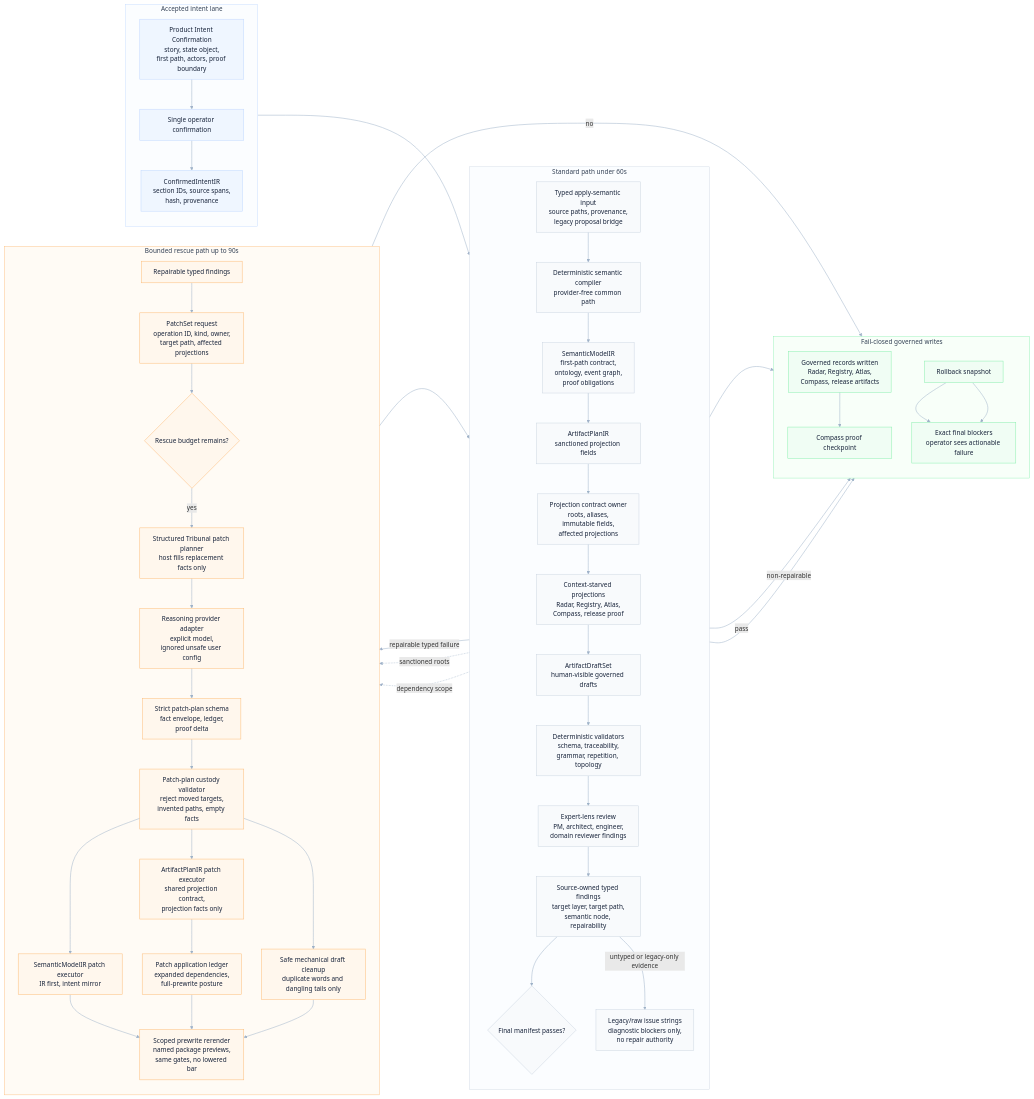
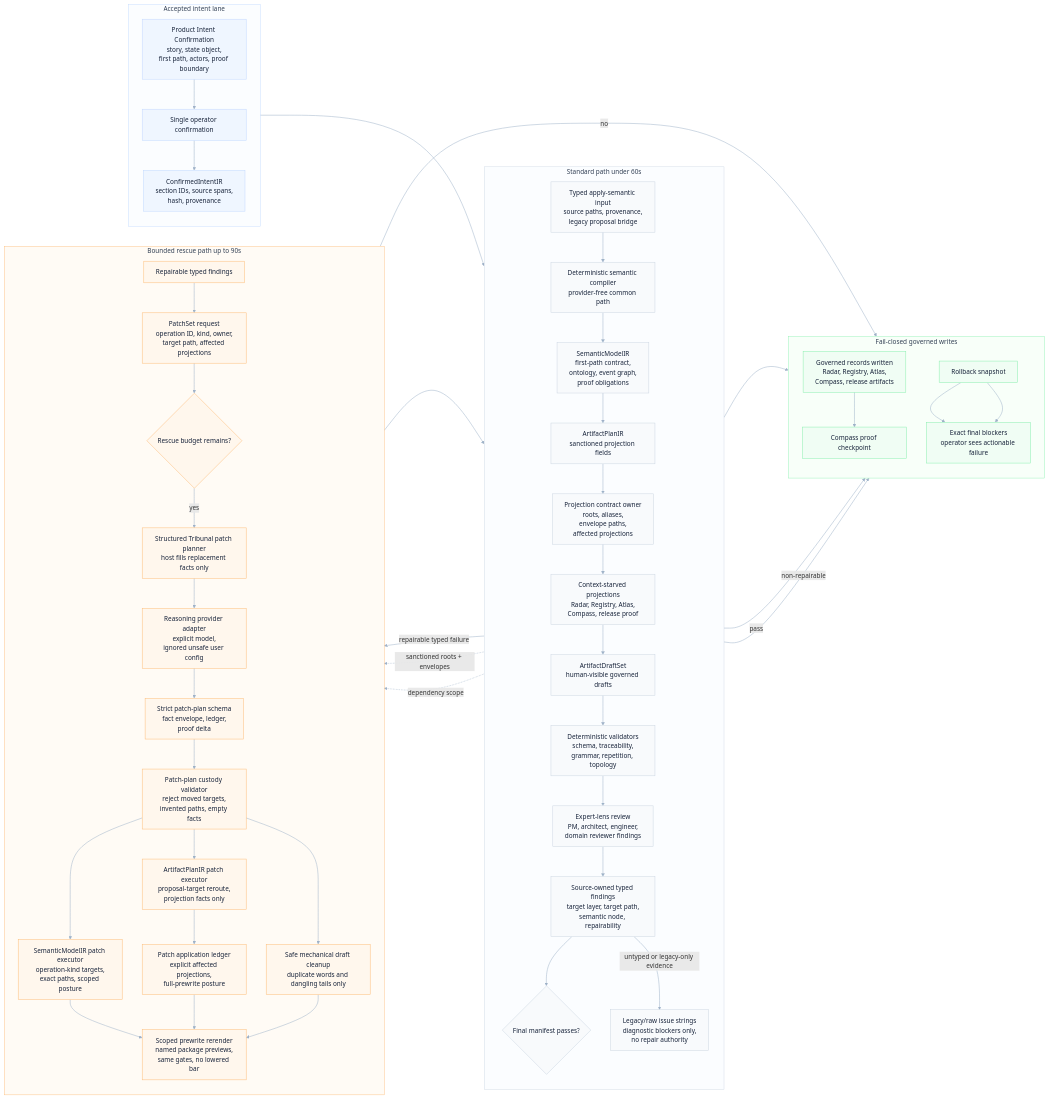
One commit to odylith/odylith changed the diagram in odylith/atlas/source/domain-intelligence-greenfield-governance.mmd. Above: the diagram before and after it, drawn with Mermaid. The commit also changed 54 other files, not shown here.

Commit message:
Constrain greenfield semantic patch scope

```diff
--- a/odylith/atlas/source/domain-intelligence-greenfield-governance.mmd
+++ b/odylith/atlas/source/domain-intelligence-greenfield-governance.mmd
@@ -1,82 +1,82 @@
 flowchart LR
     subgraph accepted_lane["Accepted intent lane"]
       direction TB
       visible_intent["Product Intent Confirmation<br/>story, state object,<br/>first path, actors, proof boundary"]
       confirm["Single operator confirmation"]
       confirmed_ir["ConfirmedIntentIR<br/>section IDs, source spans,<br/>hash, provenance"]
     end
 
     subgraph standard_lane["Standard path under 60s"]
       direction TB
       apply_input["Typed apply-semantic input<br/>source paths, provenance,<br/>legacy proposal bridge"]
       compiler["Deterministic semantic compiler<br/>provider-free common path"]
       semantic_ir["SemanticModelIR<br/>first-path contract,<br/>ontology, event graph,<br/>proof obligations"]
       artifact_plan["ArtifactPlanIR<br/>sanctioned projection fields"]
-      projection_contract["Projection contract owner<br/>roots, aliases,<br/>immutable fields,<br/>affected projections"]
+      projection_contract["Projection contract owner<br/>roots, aliases,<br/>envelope paths,<br/>affected projections"]
       projections["Context-starved projections<br/>Radar, Registry, Atlas,<br/>Compass, release proof"]
       draft_set["ArtifactDraftSet<br/>human-visible governed drafts"]
       validators["Deterministic validators<br/>schema, traceability,<br/>grammar, repetition, topology"]
       expert_lenses["Expert-lens review<br/>PM, architect, engineer,<br/>domain reviewer findings"]
       typed_findings["Source-owned typed findings<br/>target layer, target path,<br/>semantic node, repairability"]
       legacy_blockers["Legacy/raw issue strings<br/>diagnostic blockers only,<br/>no repair authority"]
       final_manifest{"Final manifest passes?"}
     end
 
     subgraph rescue_lane["Bounded rescue path up to 90s"]
       direction TB
       repairable["Repairable typed findings"]
       patchset["PatchSet request<br/>operation ID, kind, owner,<br/>target path, affected projections"]
       rescue_budget{"Rescue budget remains?"}
       tribunal_planner["Structured Tribunal patch planner<br/>host fills replacement facts only"]
       provider_adapter["Reasoning provider adapter<br/>explicit model,<br/>ignored unsafe user config"]
       strict_schema["Strict patch-plan schema<br/>fact envelope, ledger,<br/>proof delta"]
       custody_check["Patch-plan custody validator<br/>reject moved targets,<br/>invented paths, empty facts"]
-      semantic_apply["SemanticModelIR patch executor<br/>IR first, intent mirror"]
-      plan_apply["ArtifactPlanIR patch executor<br/>shared projection contract,<br/>projection facts only"]
-      scope_ledger["Patch application ledger<br/>expanded dependencies,<br/>full-prewrite posture"]
+      semantic_apply["SemanticModelIR patch executor<br/>operation-kind targets,<br/>exact paths, scoped posture"]
+      plan_apply["ArtifactPlanIR patch executor<br/>proposal-target reroute,<br/>projection facts only"]
+      scope_ledger["Patch application ledger<br/>explicit affected projections,<br/>full-prewrite posture"]
       copy_repair["Safe mechanical draft cleanup<br/>duplicate words and dangling tails only"]
       rerender["Scoped prewrite rerender<br/>named package previews,<br/>same gates, no lowered bar"]
     end
 
     subgraph write_lane["Fail-closed governed writes"]
       direction TB
       writes["Governed records written<br/>Radar, Registry, Atlas,<br/>Compass, release artifacts"]
       rollback["Rollback snapshot"]
       blockers["Exact final blockers<br/>operator sees actionable failure"]
       proof_log["Compass proof checkpoint"]
     end
 
     visible_intent --> confirm --> confirmed_ir
     confirmed_ir --> apply_input --> compiler --> semantic_ir --> artifact_plan --> projection_contract --> projections --> draft_set
     draft_set --> validators --> expert_lenses --> typed_findings --> final_manifest
     typed_findings -- "untyped or legacy-only evidence" --> legacy_blockers --> rollback
     final_manifest -- "pass" --> writes --> proof_log
     final_manifest -- "repairable typed failure" --> repairable --> patchset --> rescue_budget
     rescue_budget -- "yes" --> tribunal_planner --> provider_adapter --> strict_schema --> custody_check
     custody_check --> semantic_apply
     custody_check --> plan_apply
     custody_check --> copy_repair
-    projection_contract -. "sanctioned roots" .-> plan_apply
+    projection_contract -. "sanctioned roots + envelopes" .-> plan_apply
     projection_contract -. "dependency scope" .-> scope_ledger
     semantic_apply --> rerender
     plan_apply --> scope_ledger --> rerender
     copy_repair --> rerender
     rerender --> validators
     rescue_budget -- "no" --> rollback --> blockers
     final_manifest -- "non-repairable" --> rollback
     rollback --> blockers
 
     classDef intent fill:#EFF6FF,stroke:#BFD7FE,color:#17233A,stroke-width:1.2px;
     classDef standard fill:#F8FAFC,stroke:#CBD5E1,color:#17233A,stroke-width:1.2px;
     classDef rescue fill:#FFF7ED,stroke:#FDBA74,color:#17233A,stroke-width:1.2px;
     classDef write fill:#F0FDF4,stroke:#86EFAC,color:#17233A,stroke-width:1.2px;
     class visible_intent,confirm,confirmed_ir intent;
     class apply_input,compiler,semantic_ir,artifact_plan,projection_contract,projections,draft_set,validators,expert_lenses,typed_findings,legacy_blockers,final_manifest standard;
     class repairable,patchset,rescue_budget,tribunal_planner,provider_adapter,strict_schema,custody_check,semantic_apply,plan_apply,scope_ledger,copy_repair,rerender rescue;
     class writes,rollback,blockers,proof_log write;
 
     style accepted_lane fill:#FBFDFF,stroke:#BFD7FE,stroke-width:1px,color:#334155
     style standard_lane fill:#FBFDFF,stroke:#CBD5E1,stroke-width:1px,color:#334155
     style rescue_lane fill:#FFFBF5,stroke:#FDBA74,stroke-width:1px,color:#334155
     style write_lane fill:#F8FFF9,stroke:#86EFAC,stroke-width:1px,color:#334155
     linkStyle default stroke:#9FB2C8,stroke-width:1.25px
```
